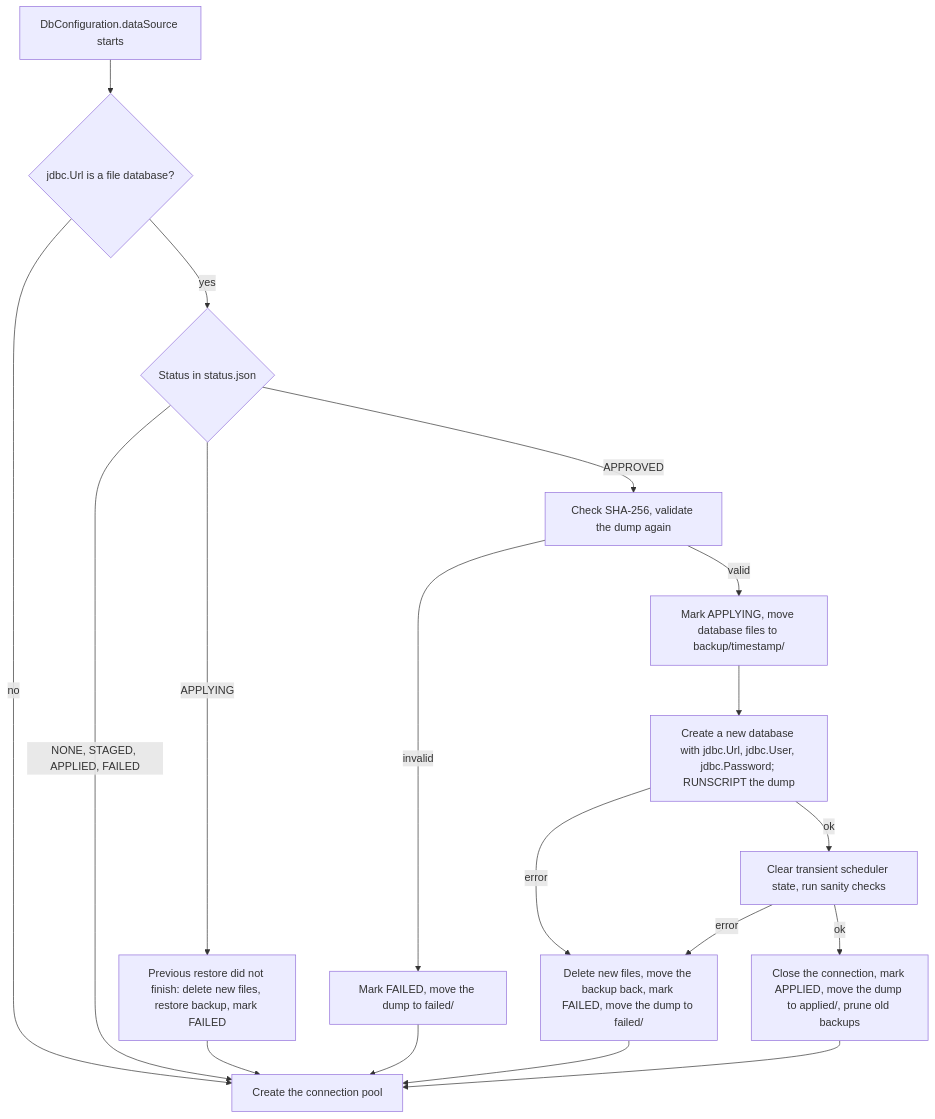
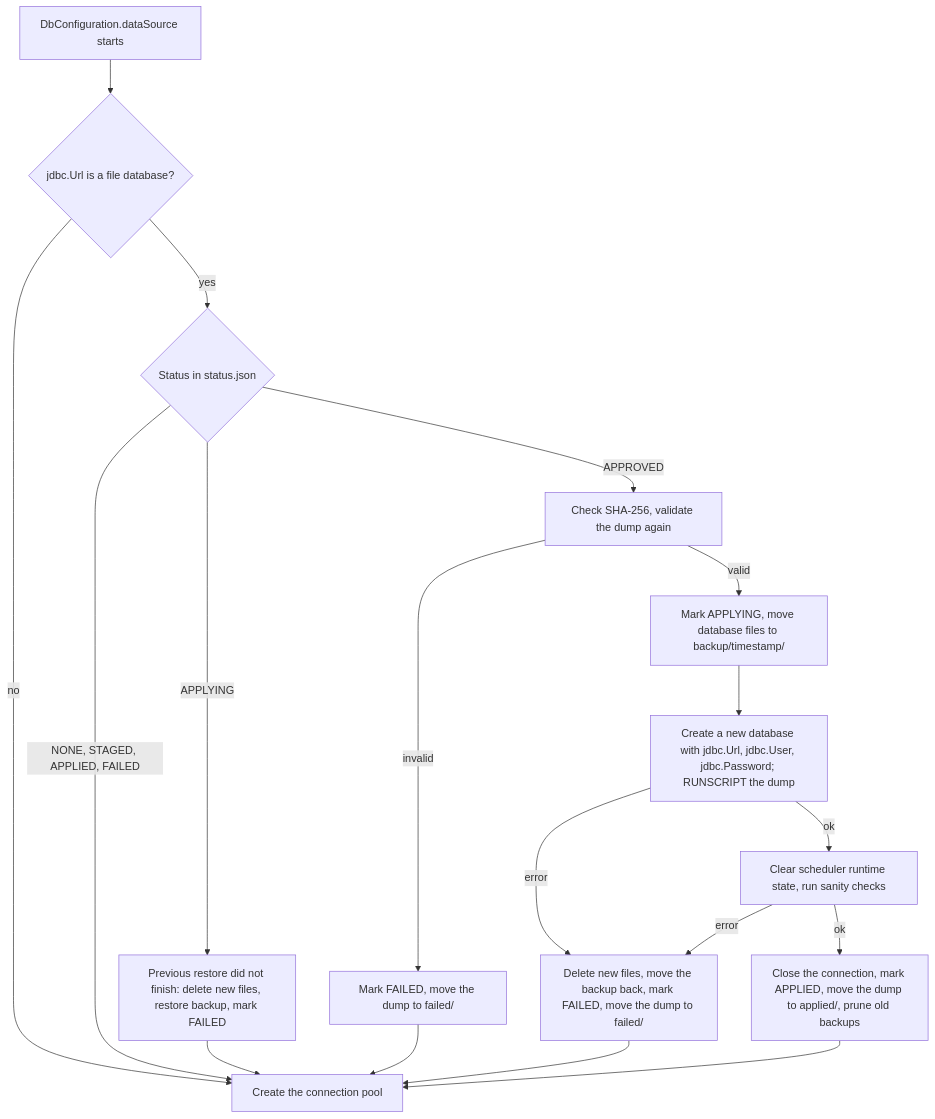
Before and after one commit to Netcracker/qubership-testing-platform-tdm3: the fourth of 5 diagrams in docs/design/database-transfer.md, drawn with Mermaid. The commit also changed other lines of this file and 1 other file, not shown here.

````diff
--- a/docs/design/database-transfer.md
+++ b/docs/design/database-transfer.md
@@ -256,20 +260,20 @@
 ```mermaid
 flowchart TD
     A["DbConfiguration.dataSource starts"] --> B{"jdbc.Url is a file database?"}
     B -- no --> POOL["Create the connection pool"]
     B -- yes --> C{"Status in status.json"}
     C -- "NONE, STAGED, APPLIED, FAILED" --> POOL
     C -- APPLYING --> CRASH["Previous restore did not finish: delete new files, restore backup, mark FAILED"]
     CRASH --> POOL
     C -- APPROVED --> D["Check SHA-256, validate the dump again"]
     D -- invalid --> F1["Mark FAILED, move the dump to failed/"]
     F1 --> POOL
     D -- valid --> E["Mark APPLYING, move database files to backup/timestamp/"]
     E --> G["Create a new database with jdbc.Url, jdbc.User, jdbc.Password; RUNSCRIPT the dump"]
     G -- error --> RB["Delete new files, move the backup back, mark FAILED, move the dump to failed/"]
     RB --> POOL
-    G -- ok --> H["Clear transient scheduler state, run sanity checks"]
+    G -- ok --> H["Clear scheduler runtime state, run sanity checks"]
     H -- error --> RB
     H -- ok --> I["Close the connection, mark APPLIED, move the dump to applied/, prune old backups"]
     I --> POOL
 ```
````
